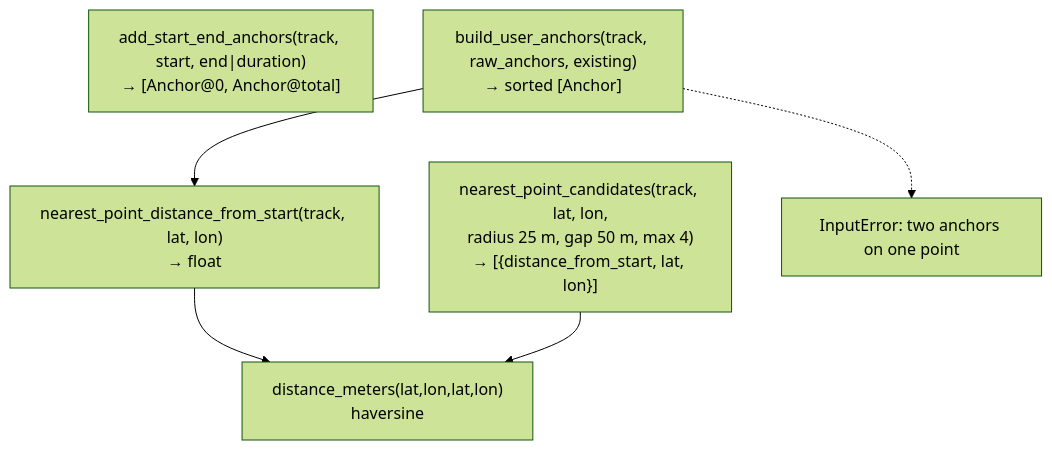
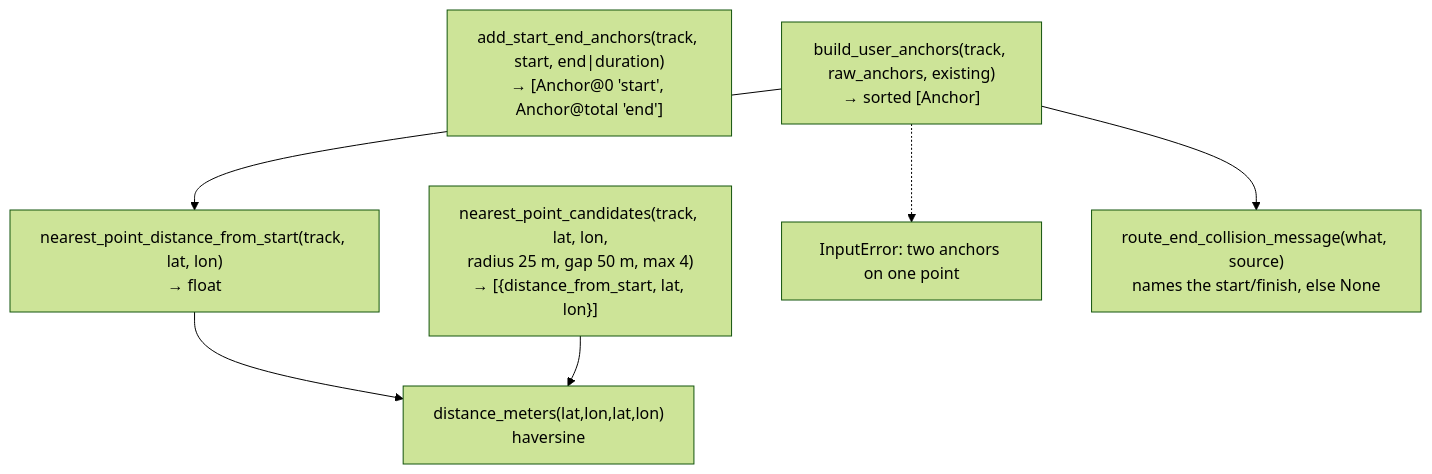
Before and after one commit to martin-iflap/GPX_to_FIT: the fourth of 14 diagrams in docs/ARCHITECTURE.md, drawn with Mermaid (forest theme). The commit also changed other lines of this file and 28 other files, not shown here.

````diff
--- a/docs/ARCHITECTURE.md
+++ b/docs/ARCHITECTURE.md
@@ -274,9 +274,10 @@
 ```mermaid
 flowchart TD
   dm["distance_meters(lat,lon,lat,lon)<br/>haversine"]
   np1["nearest_point_distance_from_start(track, lat, lon)<br/>→ float"] --> dm
   npc["nearest_point_candidates(track, lat, lon,<br/>radius 25 m, gap 50 m, max 4)<br/>→ [{distance_from_start, lat, lon}]"] --> dm
-  ase["add_start_end_anchors(track, start, end|duration)<br/>→ [Anchor@0, Anchor@total]"]
+  ase["add_start_end_anchors(track, start, end|duration)<br/>→ [Anchor@0 'start', Anchor@total 'end']"]
   bua["build_user_anchors(track, raw_anchors, existing)<br/>→ sorted [Anchor]"] --> np1
   bua -.-> err["InputError: two anchors on one point"]
+  bua --> recm["route_end_collision_message(what, source)<br/>names the start/finish, else None"]
 ```
````
